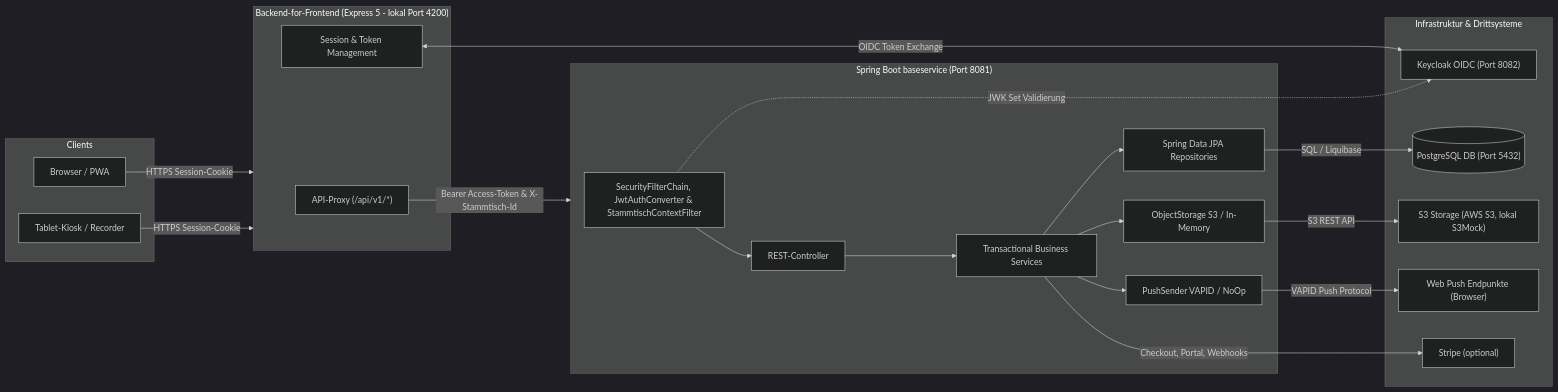
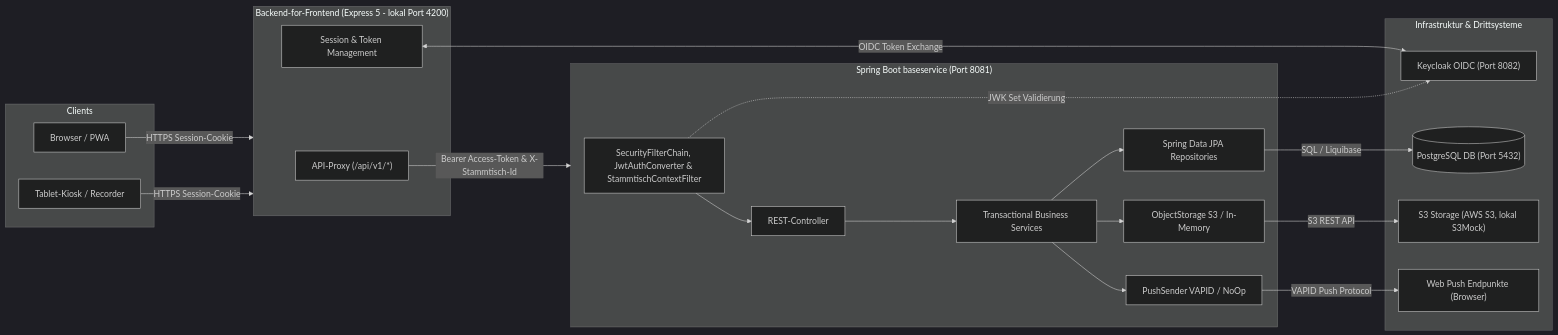
The second of 2 diagrams in docs/baseservice/README.md (damaurer/vereint), drawn with Mermaid (dark theme) before and after one commit. The commit also changed other lines of this file and 138 other files, not shown here.

````diff
--- a/docs/baseservice/README.md
+++ b/docs/baseservice/README.md
@@ -35,46 +35,44 @@
 ```mermaid
 graph LR
   subgraph Clients
     Browser[Browser / PWA]
     Tablet[Tablet-Kiosk / Recorder]
   end
 
   subgraph BFF["Backend-for-Frontend (Express 5 - lokal Port 4200)"]
     Proxy["API-Proxy (/api/v1/*)"]
     AuthMW[Session & Token Management]
   end
 
   subgraph BaseService["Spring Boot baseservice (Port 8081)"]
     Sec[SecurityFilterChain, JwtAuthConverter & StammtischContextFilter]
     Rest[REST-Controller]
     Svc[Transactional Business Services]
     Repo[Spring Data JPA Repositories]
     Storage[ObjectStorage S3 / In-Memory]
     Push[PushSender VAPID / NoOp]
   end
 
   subgraph Infra["Infrastruktur & Drittsysteme"]
     Keycloak["Keycloak OIDC (Port 8082)"]
     Postgres[("PostgreSQL DB (Port 5432)")]
     MinIO["S3 Storage (AWS S3, lokal S3Mock)"]
     WebPush["Web Push Endpunkte (Browser)"]
-    Stripe["Stripe (optional)"]
   end
 
   Browser -->|HTTPS Session-Cookie| BFF
   Tablet -->|HTTPS Session-Cookie| BFF
   Proxy -->|Bearer Access-Token & X-Stammtisch-Id| BaseService
   AuthMW <-->|OIDC Token Exchange| Keycloak
 
   Sec --> Rest
   Rest --> Svc
   Svc --> Repo
   Svc --> Storage
   Svc --> Push
 
   Sec -.->|JWK Set Validierung| Keycloak
   Repo -->|SQL / Liquibase| Postgres
   Storage -->|S3 REST API| MinIO
   Push -->|VAPID Push Protocol| WebPush
-  Svc -->|Checkout, Portal, Webhooks| Stripe
 ```
````
